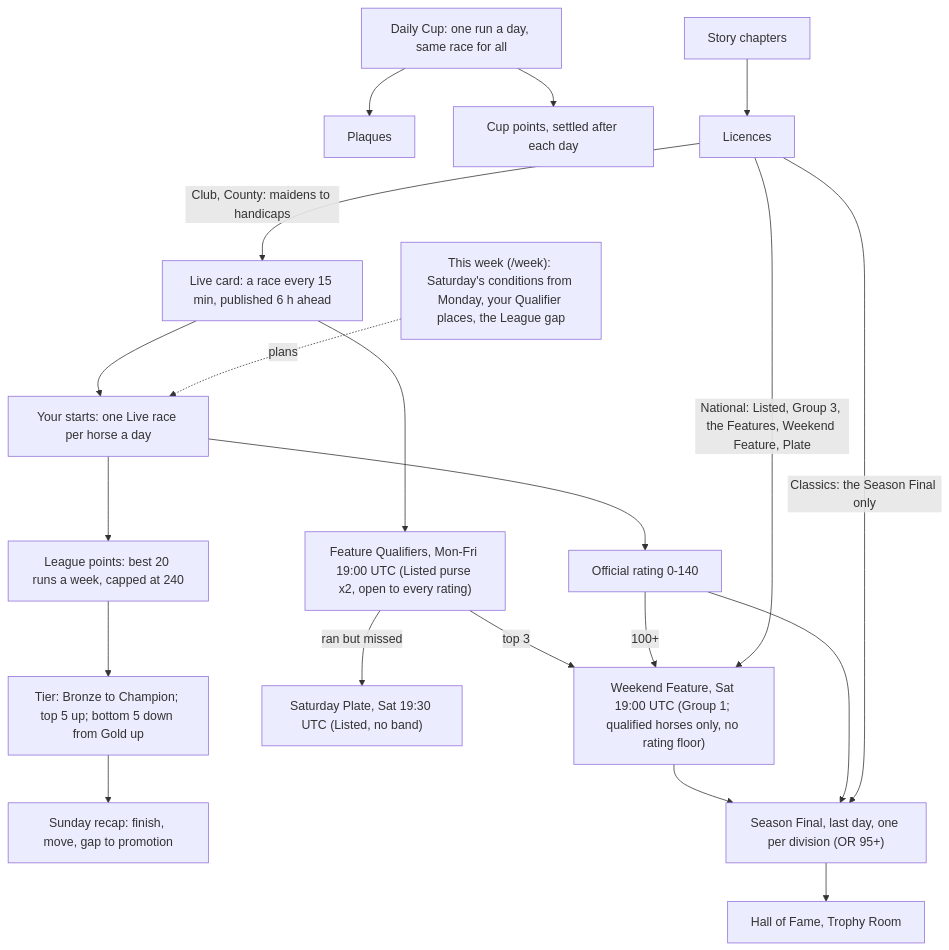
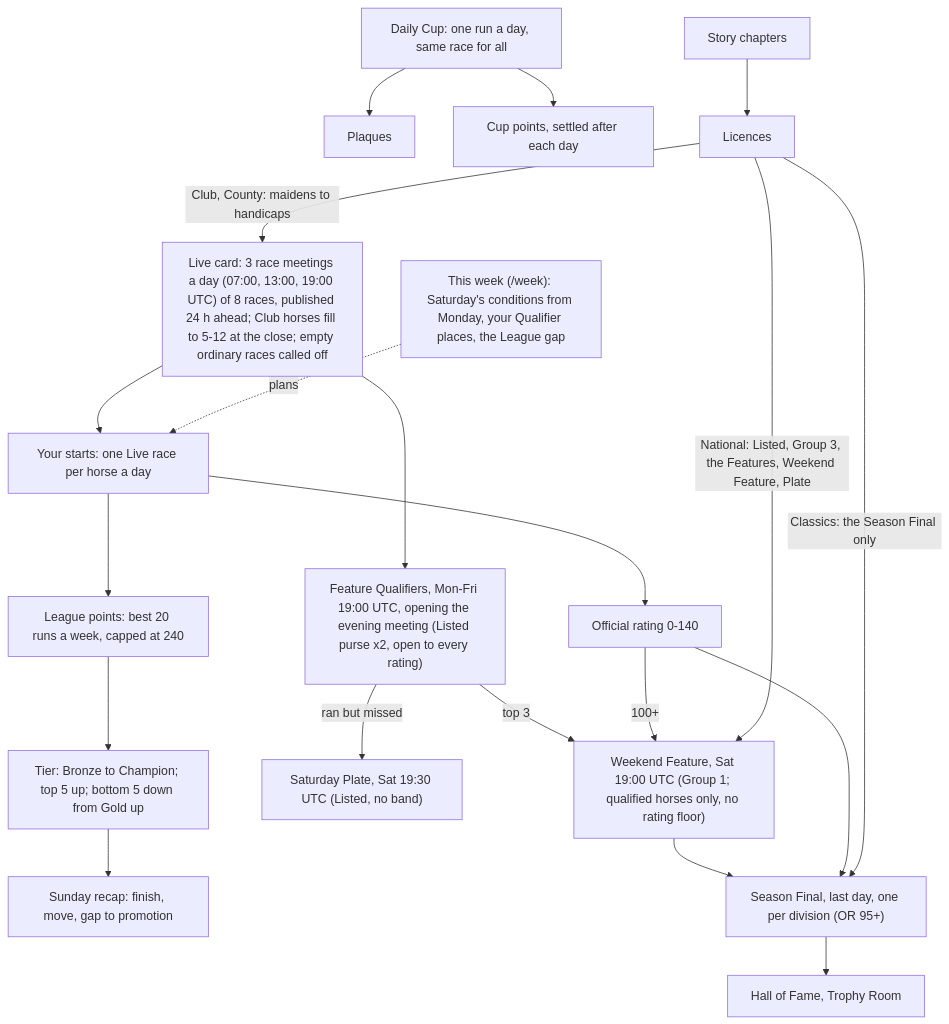
One commit to stephenclawdbot-png/ranch-game changed the fifth of 7 diagrams in docs/foundation/GAME-SYSTEMS.md. Above: the diagram before and after it, drawn with Mermaid. The commit also changed other lines of this file and 1 other file, not shown here.

First line of the commit message:
Docs: race meetings in KNOBS §1 and the systems map

````diff
--- a/docs/foundation/GAME-SYSTEMS.md
+++ b/docs/foundation/GAME-SYSTEMS.md
@@ -180,22 +186,22 @@
 ```mermaid
 flowchart TD
-  card["Live card: a race every 15 min, published 6 h ahead"] --> runs["Your starts: one Live race per horse a day"]
+  card["Live card: 3 race meetings a day (07:00, 13:00, 19:00 UTC) of 8 races, published 24 h ahead; Club horses fill to 5-12 at the close; empty ordinary races called off"] --> runs["Your starts: one Live race per horse a day"]
   week["This week (/week): Saturday's conditions from Monday, your Qualifier places, the League gap"] -.->|plans| runs
   runs --> league["League points: best 20 runs a week, capped at 240"]
   runs --> rating[Official rating 0-140]
-  card --> quals["Feature Qualifiers, Mon-Fri 19:00 UTC (Listed purse x2, open to every rating)"]
+  card --> quals["Feature Qualifiers, Mon-Fri 19:00 UTC, opening the evening meeting (Listed purse x2, open to every rating)"]
   quals -->|top 3| wf["Weekend Feature, Sat 19:00 UTC (Group 1; qualified horses only, no rating floor)"]
   rating -->|100+| wf
   quals -->|ran but missed| plate["Saturday Plate, Sat 19:30 UTC (Listed, no band)"]
   league --> tiers["Tier: Bronze to Champion; top 5 up; bottom 5 down from Gold up"]
   tiers --> recap["Sunday recap: finish, move, gap to promotion"]
   wf --> final["Season Final, last day, one per division (OR 95+)"]
   rating --> final
   final --> hall[Hall of Fame, Trophy Room]
   cupd["Daily Cup: one run a day, same race for all"] --> plaques[Plaques]
   cupd --> cpts["Cup points, settled after each day"]
   story["Story chapters"] --> licence[Licences]
   licence -->|"Club, County: maidens to handicaps"| card
   licence -->|"National: Listed, Group 3, the Features, Weekend Feature, Plate"| wf
   licence -->|"Classics: the Season Final only"| final
 ```
````
